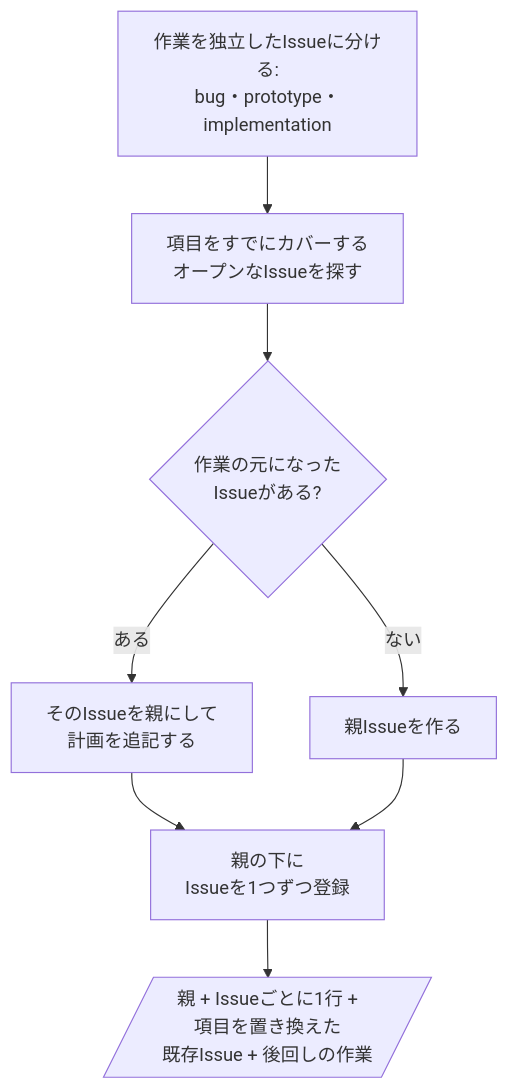
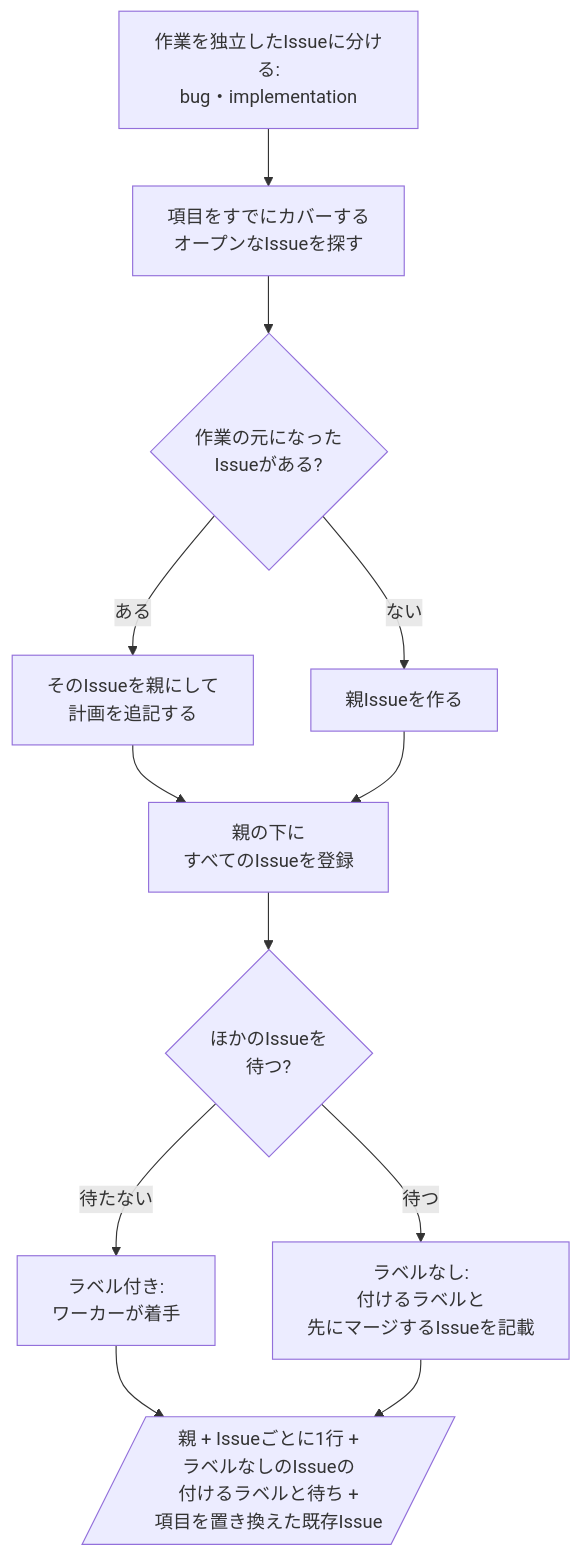
One commit to omni-stove/skill-kit changed the diagram in shared/skills/remote-issue/README.ja.md. Above: the diagram before and after it, drawn with Mermaid. The commit also changed 8 other files, not shown here.

````diff
--- a/shared/skills/remote-issue/README.ja.md
+++ b/shared/skills/remote-issue/README.ja.md
@@ -3,11 +3,15 @@
 ```mermaid
 flowchart TD
-  split["作業を独立したIssueに分ける:<br/>bug・prototype・<br/>implementation"]
+  split["作業を独立したIssueに分ける:<br/>bug・implementation"]
   split --> similar[項目をすでにカバーする<br/>オープンなIssueを探す]
   similar --> origin{作業の元になった<br/>Issueがある?}
   origin -- "ある" --> comment[そのIssueを親にして<br/>計画を追記する]
   origin -- "ない" --> parent[親Issueを作る]
-  comment --> create[親の下に<br/>Issueを1つずつ登録]
+  comment --> create[親の下に<br/>すべてのIssueを登録]
+  create --> wait{ほかのIssueを<br/>待つ?}
+  wait -- "待たない" --> now[ラベル付き:<br/>ワーカーが着手]
+  wait -- "待つ" --> later[ラベルなし:<br/>付けるラベルと<br/>先にマージするIssueを記載]
   parent --> create
-  create --> report[/"親 + Issueごとに1行 +<br/>項目を置き換えた<br/>既存Issue + 後回しの作業"/]
+  now --> report[/"親 + Issueごとに1行 +<br/>ラベルなしのIssueの<br/>付けるラベルと待ち +<br/>項目を置き換えた既存Issue"/]
+  later --> report
 ```
````
